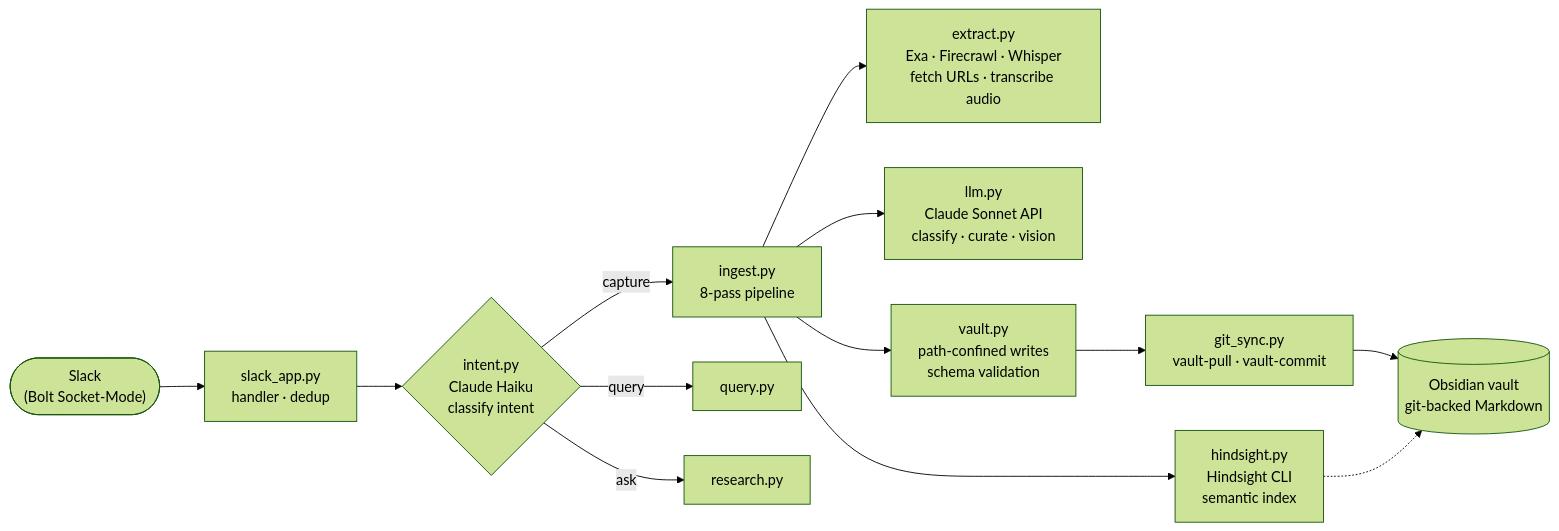
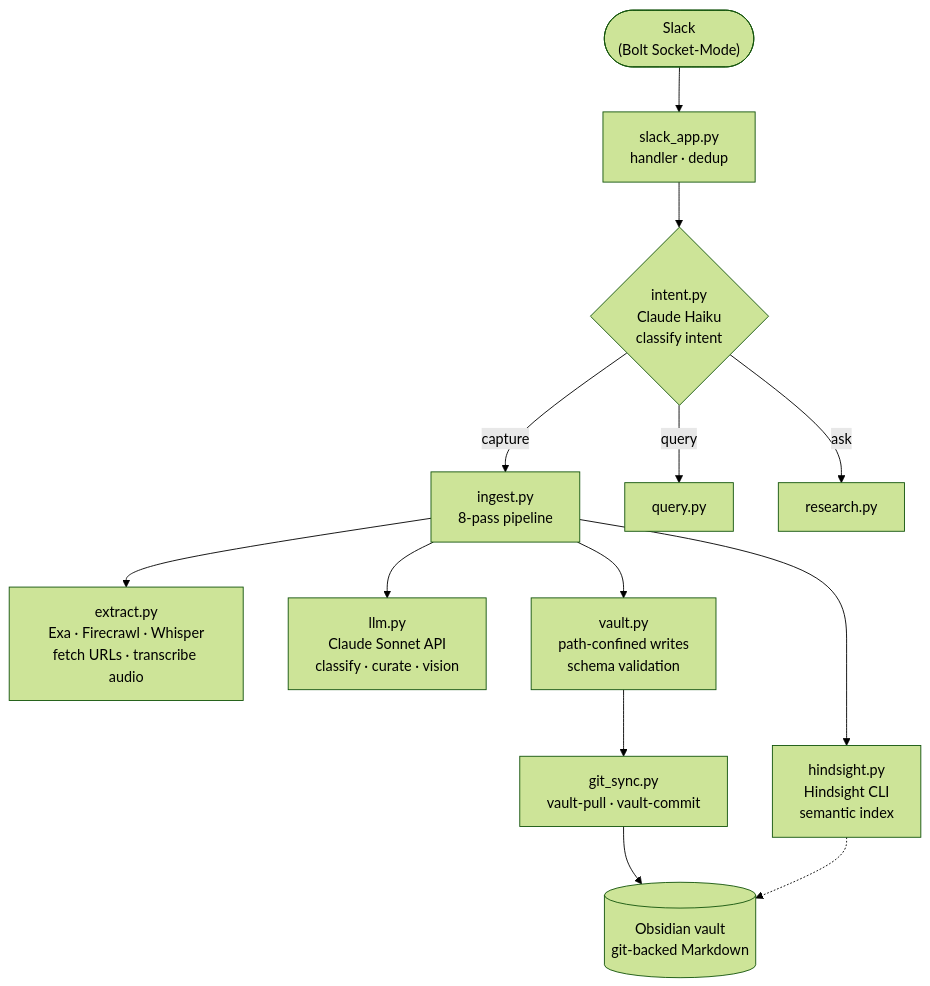
Before and after one commit to gilesknap/thoth: the first of 2 diagrams in docs/explanations/architecture.md, drawn with Mermaid (forest theme). The commit also changed other lines of this file, not shown here.

Commit message:
tidy diagrams

````diff
--- a/docs/explanations/architecture.md
+++ b/docs/explanations/architecture.md
@@ -26,16 +26,16 @@
 ```{mermaid}
-flowchart LR
-    slack(["Slack\n(Bolt Socket-Mode)"])
-    slack --> sa["slack_app.py\nhandler · dedup"]
-    sa --> ig{"intent.py\nClaude Haiku\nclassify intent"}
-    ig -->|capture| ing["ingest.py\n8-pass pipeline"]
+flowchart TB
+    slack(["Slack<br>(Bolt Socket-Mode)"])
+    slack --> sa["slack_app.py<br>handler · dedup"]
+    sa --> ig{"intent.py<br>Claude Haiku<br>classify intent"}
+    ig -->|capture| ing["ingest.py<br>8-pass pipeline"]
     ig -->|query| qry["query.py"]
     ig -->|ask| res["research.py"]
-    ing --> ext["extract.py\nExa · Firecrawl · Whisper\nfetch URLs · transcribe audio"]
-    ing --> llm["llm.py\nClaude Sonnet API\nclassify · curate · vision"]
-    ing --> va["vault.py\npath-confined writes\nschema validation"]
-    ing --> hs["hindsight.py\nHindsight CLI\nsemantic index"]
-    va --> gs["git_sync.py\nvault-pull · vault-commit"]
-    gs --> ov[("Obsidian vault\ngit-backed Markdown")]
+    ing --> ext["extract.py<br>Exa · Firecrawl · Whisper<br>fetch URLs · transcribe audio"]
+    ing --> llm["llm.py<br>Claude Sonnet API<br>classify · curate · vision"]
+    ing --> va["vault.py<br>path-confined writes<br>schema validation"]
+    ing --> hs["hindsight.py<br>Hindsight CLI<br>semantic index"]
+    va --> gs["git_sync.py<br>vault-pull · vault-commit"]
+    gs --> ov[("Obsidian vault<br>git-backed Markdown")]
     hs -.-> ov
 ```
````
